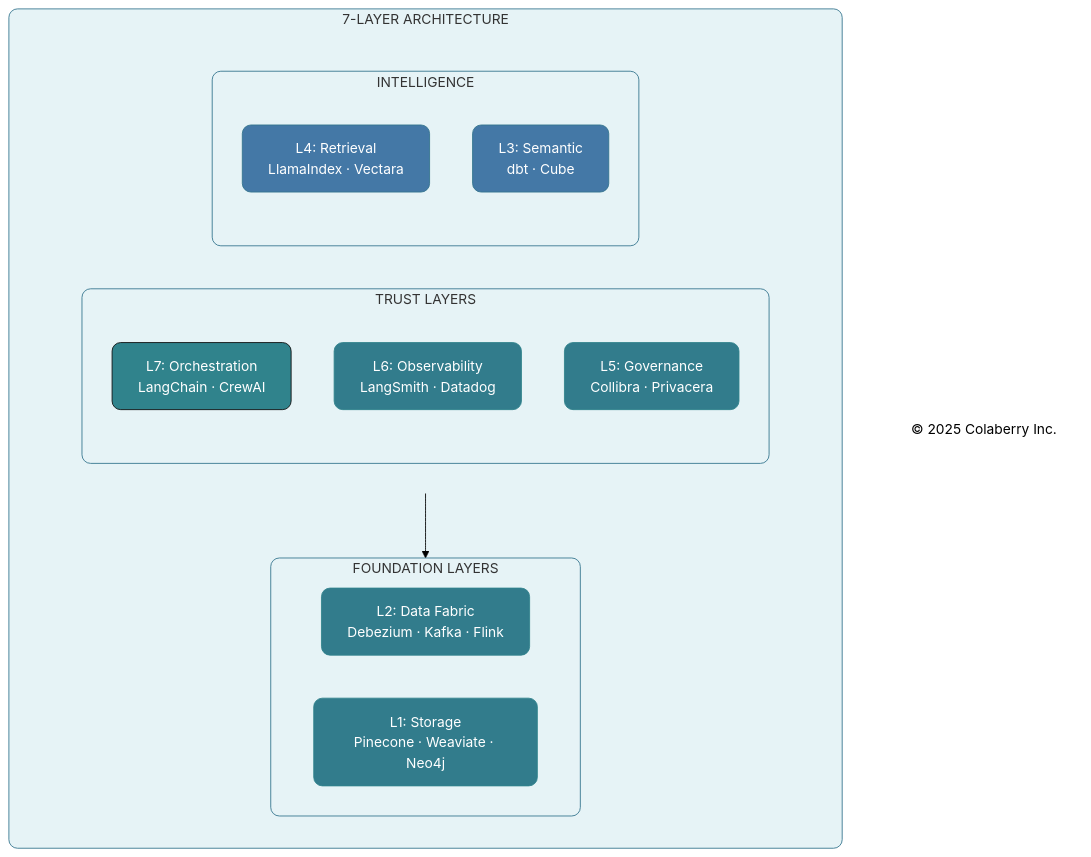
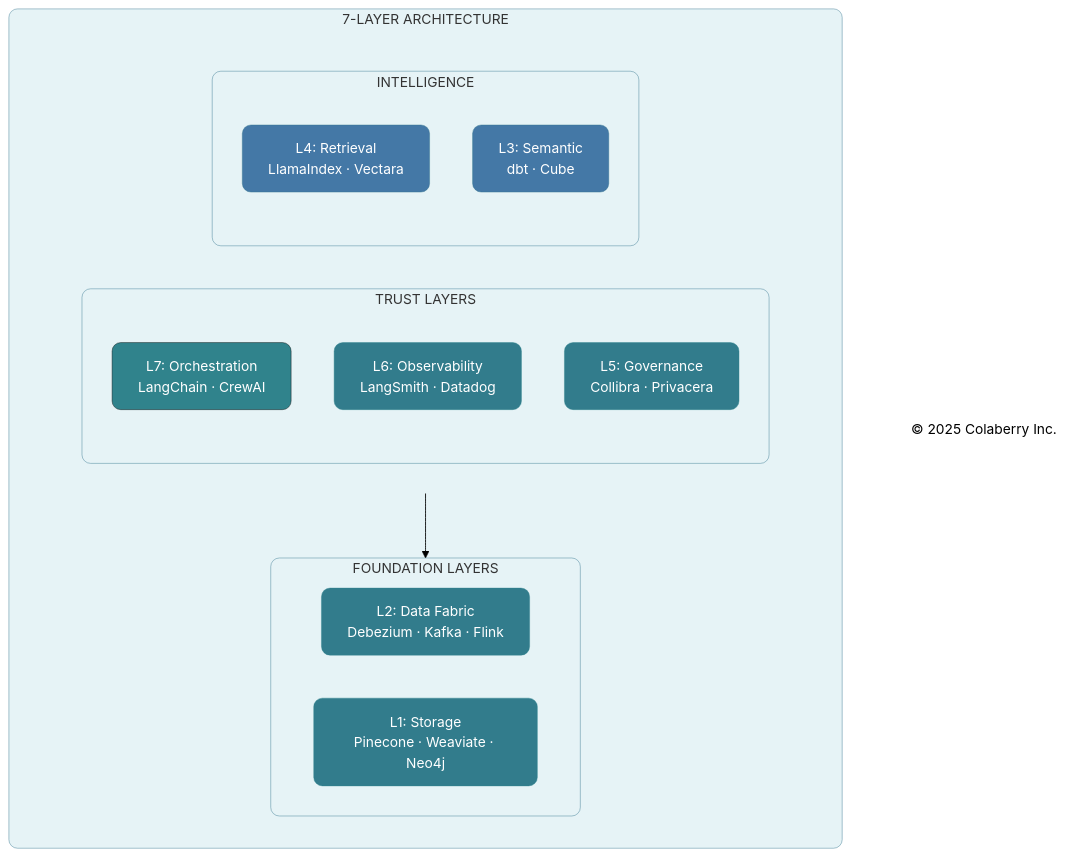
One commit to saitejesh-cyber/trust-before-intelligence-book changed the fourth of 5 diagrams in manuscript/12_chapter_11_technology_selection_guide_v1_2.md. Above: the diagram before and after it, drawn with Mermaid (forest theme). The commit also changed other lines of this file and 12 other files, not shown here.

Commit message:
Update stroke width to 0.5px instead of 1px to all the diagrams

````diff
--- a/manuscript/12_chapter_11_technology_selection_guide_v1_2.md
+++ b/manuscript/12_chapter_11_technology_selection_guide_v1_2.md
@@ -446,47 +446,47 @@
 ```mermaid
 
 graph TB
     subgraph STACK["7-LAYER ARCHITECTURE"]
         direction TB
         subgraph ROW1[" "]
             direction LR
             subgraph TRUST["TRUST LAYERS"]
                 direction TB
                 L7["L7: Orchestration<br/>LangChain · CrewAI"]
                 L6["L6: Observability<br/>LangSmith · Datadog"]
                 L5["L5: Governance<br/>Collibra · Privacera"]
             end
             
             subgraph INTEL["INTELLIGENCE"]
                 direction TB
                 L4["L4: Retrieval<br/>LlamaIndex · Vectara"]
                 L3["L3: Semantic<br/>dbt · Cube"]
             end
         end
         
         subgraph FOUND["FOUNDATION LAYERS"]
             direction LR
             L2["L2: Data Fabric<br/>Debezium · Kafka · Flink"]
             L1["L1: Storage<br/>Pinecone · Weaviate · Neo4j"]
         end
     end
     
     Copyright["© 2025 Colaberry Inc."]
     
     ROW1 --> FOUND
     
-    style STACK fill:#E6F3F6,stroke:#32738C,stroke-width:1px,rx:10,ry:10
+    style STACK fill:#E6F3F6,stroke:#32738C,stroke-width:0.5px,rx:10,ry:10
     style ROW1 fill:none,stroke:none,rx:10,ry:10
-    style TRUST fill:#E6F3F6,stroke:#32738C,stroke-width:1px,rx:10,ry:10
-    style INTEL fill:#E6F3F6,stroke:#32738C,stroke-width:1px,rx:10,ry:10
-    style FOUND fill:#E6F3F6,stroke:#32738C,stroke-width:1px,rx:10,ry:10
-    style L7 fill:#30838C,stroke:#0D0D0D,stroke-width:1px,color:#ffffff,rx:10,ry:10
-    style L6 fill:#327C8C,stroke:#30838C,stroke-width:1px,color:#ffffff,rx:10,ry:10
-    style L5 fill:#327C8C,stroke:#30838C,stroke-width:1px,color:#ffffff,rx:10,ry:10
-    style L4 fill:#4478A6,stroke:#32738C,stroke-width:1px,color:#ffffff,rx:10,ry:10
-    style L3 fill:#4478A6,stroke:#32738C,stroke-width:1px,color:#ffffff,rx:10,ry:10
-    style L2 fill:#327C8C,stroke:#30838C,stroke-width:1px,color:#ffffff,rx:10,ry:10
-    style L1 fill:#327C8C,stroke:#30838C,stroke-width:1px,color:#ffffff,rx:10,ry:10
+    style TRUST fill:#E6F3F6,stroke:#32738C,stroke-width:0.5px,rx:10,ry:10
+    style INTEL fill:#E6F3F6,stroke:#32738C,stroke-width:0.5px,rx:10,ry:10
+    style FOUND fill:#E6F3F6,stroke:#32738C,stroke-width:0.5px,rx:10,ry:10
+    style L7 fill:#30838C,stroke:#0D0D0D,stroke-width:0.5px,color:#ffffff,rx:10,ry:10
+    style L6 fill:#327C8C,stroke:#30838C,stroke-width:0.5px,color:#ffffff,rx:10,ry:10
+    style L5 fill:#327C8C,stroke:#30838C,stroke-width:0.5px,color:#ffffff,rx:10,ry:10
+    style L4 fill:#4478A6,stroke:#32738C,stroke-width:0.5px,color:#ffffff,rx:10,ry:10
+    style L3 fill:#4478A6,stroke:#32738C,stroke-width:0.5px,color:#ffffff,rx:10,ry:10
+    style L2 fill:#327C8C,stroke:#30838C,stroke-width:0.5px,color:#ffffff,rx:10,ry:10
+    style L1 fill:#327C8C,stroke:#30838C,stroke-width:0.5px,color:#ffffff,rx:10,ry:10
     style Copyright fill:none,stroke:none,color:#000000
 
 ```
````
